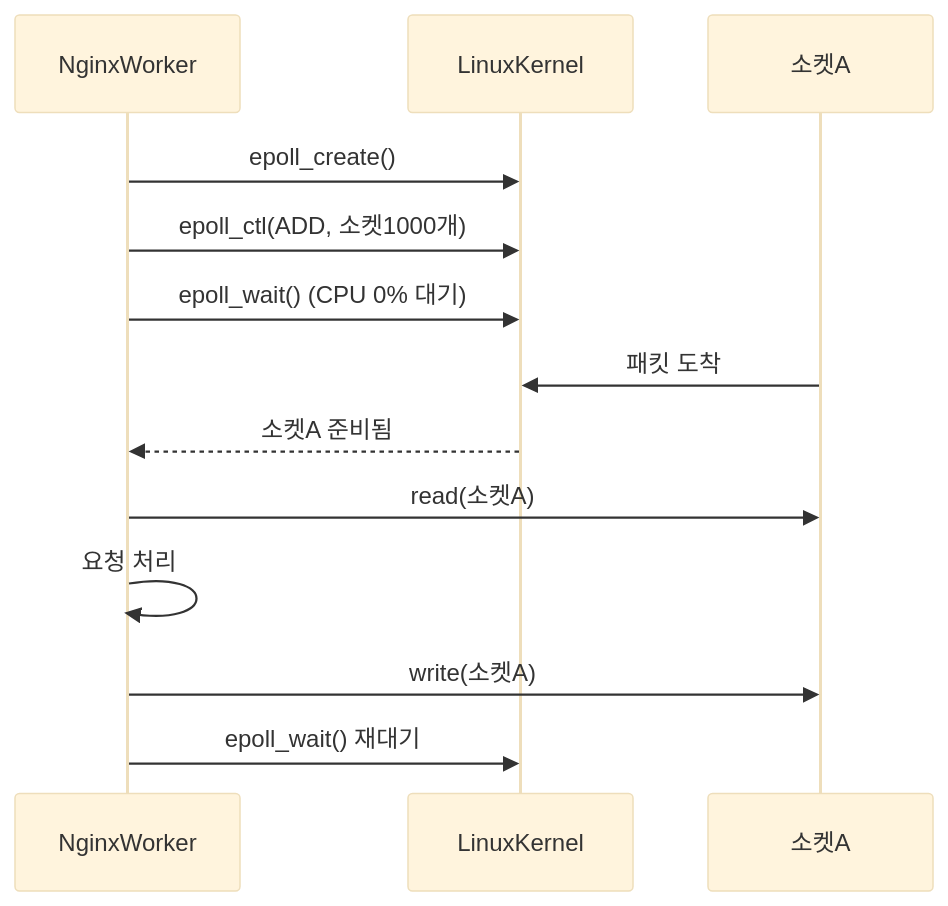
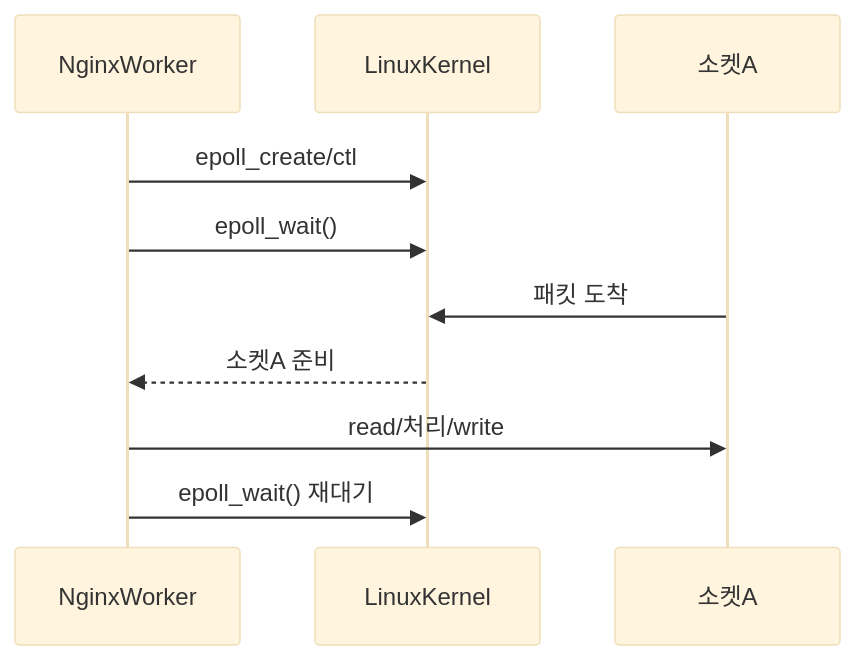
The third of 18 diagrams in _posts/server/2026-05-01-nginx.md (yjkim2015/yjkim2015.github.io), drawn with Mermaid (base theme) before and after one commit. The commit also changed other lines of this file and 155 other files, not shown here.

First line of the commit message:
Mermaid 전면 수정: subgraph 제거, participant/노드/줄수 축소 (342블록)

````diff
--- a/_posts/server/2026-05-01-nginx.md
+++ b/_posts/server/2026-05-01-nginx.md
@@ -75,15 +66,12 @@
 ```mermaid
 sequenceDiagram
     participant W as NginxWorker
     participant K as LinuxKernel
     participant S1 as 소켓A
-    W->>K: epoll_create()
-    W->>K: epoll_ctl(ADD, 소켓1000개)
-    W->>K: epoll_wait() (CPU 0% 대기)
+    W->>K: epoll_create/ctl
+    W->>K: epoll_wait()
     S1->>K: 패킷 도착
-    K-->>W: 소켓A 준비됨
-    W->>S1: read(소켓A)
-    W->>W: 요청 처리
-    W->>S1: write(소켓A)
+    K-->>W: 소켓A 준비
+    W->>S1: read/처리/write
     W->>K: epoll_wait() 재대기
 ```
````
